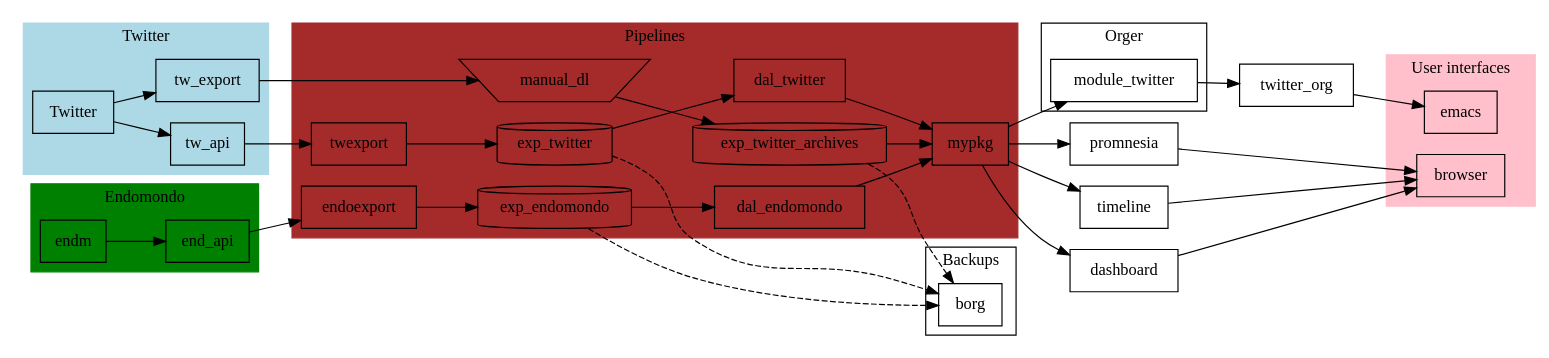
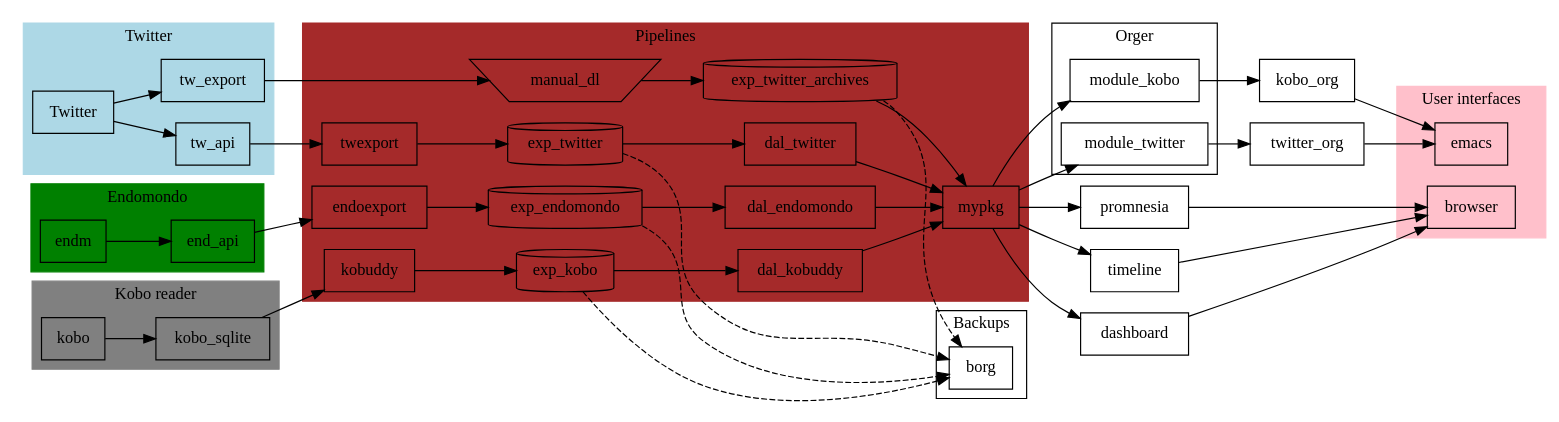
Before and after one commit to karlicoss/myinfra: the diagram in infra.dot, drawn with Graphviz.

Commit message:
add kobo

```diff
--- a/infra.dot
+++ b/infra.dot
@@ -1,116 +1,139 @@
 # http://www.graphviz.org/content/cluster
 
 digraph G {
   node [shape="box"];
   rankdir="LR";
 
 
 subgraph cluster_twittercom {
 	label="Twitter";
 	style=filled;
 	color=lightblue;
 	// node [style=filled,color=white];
 
   tw [label = "Twitter"];
   tw_export;
   tw_api;
 	// a0 -> a1 -> a2 -> a3;
 }
 tw -> tw_api;
 tw -> tw_export;
 
 subgraph cluster_endomondo {
 	label="Endomondo";
   style=filled;
   color=green;
   endm;
   end_api;
 	// node [style=filled];
 	// b0 -> b1 -> b2 -> b3;
 }
+endm -> end_api;
 
-endm -> end_api;
+# TODO indicate frequencies?
+
+subgraph cluster_kobo {
+  label="Kobo reader";
+  style=filled;
+  color=gray;
+  kobo;
+  kobo -> kobo_sqlite;
+}
 
 
 subgraph exports {
   node [shape=cylinder];
 
+  exp_kobo;
   exp_twitter_archives;
   exp_twitter;
   exp_endomondo;
 }
 
 
 
 subgraph cluster_pipelines {
   label="Pipelines";
   style=filled;
   color=brown;
 
   twexport;
   endoexport;
 
   manual_dl[shape=invtrapezium];
 
-  tw_export -> manual_dl  -> exp_twitter_archives;
-  tw_api    -> twexport   -> exp_twitter;
-  end_api   -> endoexport -> exp_endomondo;
+  tw_export   -> manual_dl  -> exp_twitter_archives;
+  tw_api      -> twexport   -> exp_twitter;
+  end_api     -> endoexport -> exp_endomondo;
+  kobo_sqlite -> kobuddy    -> exp_kobo;
 
   exp_twitter_archives           -> mypkg;
   exp_twitter   -> dal_twitter   -> mypkg;
   exp_endomondo -> dal_endomondo -> mypkg;
+  exp_kobo      -> dal_kobuddy   -> mypkg;
+
 }
 
 # TODO distinguish manual and automatic nodes?
 # TODO instead have twexport on edges? ultimately not that much difference..
 
 # TODO position borg above
 
 # TODO svg output with links
 subgraph cluster_backups {
   label="Backups";
   borg;
 
+  exp_kobo             -> borg [style=dashed];
   exp_twitter_archives -> borg [style=dashed];
   exp_twitter          -> borg [style=dashed];
   exp_endomondo        -> borg [style=dashed];
 }
 
 # TODO mark edges that use cachew?
 
 subgraph cluster_orger {
   label=Orger;
   module_twitter;
+  module_kobo;
 }
+mypkg -> module_twitter;
+mypkg -> module_kobo;
+
+module_twitter -> twitter_org;
+module_kobo    -> kobo_org;
+
+# TODO cloudmacs?
+# TODO arctee
 
 subgraph cluster_ui {
   label="User interfaces";
   style=filled;
   color=pink;
 
   emacs;
   browser;
 }
 
 mypkg -> timeline;
 mypkg -> dashboard;
-mypkg -> module_twitter -> twitter_org;
 mypkg -> promnesia;
 
 
 promnesia -> browser;
 timeline  -> browser;
 dashboard -> browser;
 
 
+kobo_org    -> emacs;
 twitter_org -> emacs;
 
 
 // a1 -> b3;
 // b2 -> a3;
 // a3 -> a0;
 // a3 -> end;
 // b3 -> end;
 
 // end [shape=Mdiamond];
 }
```
